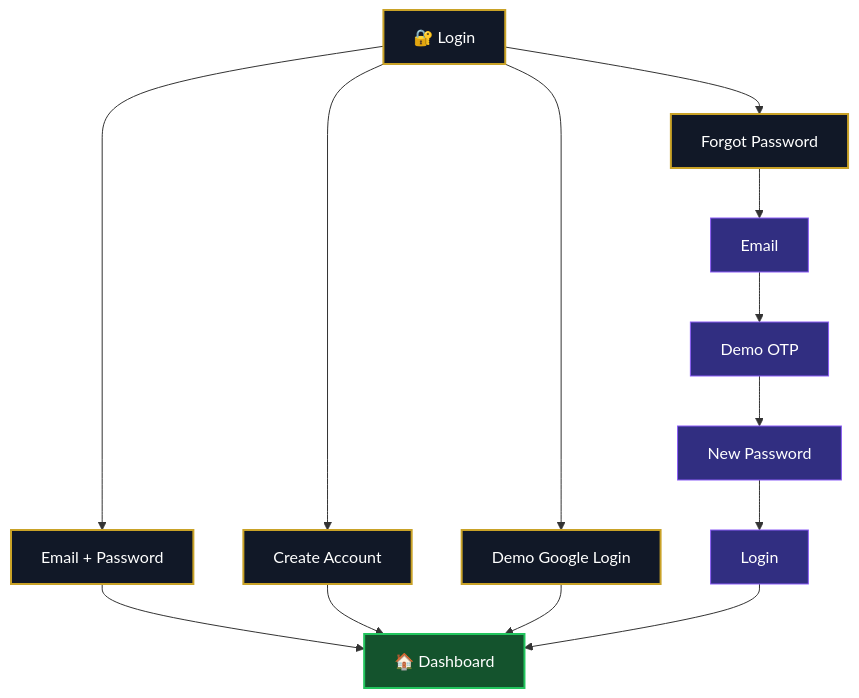
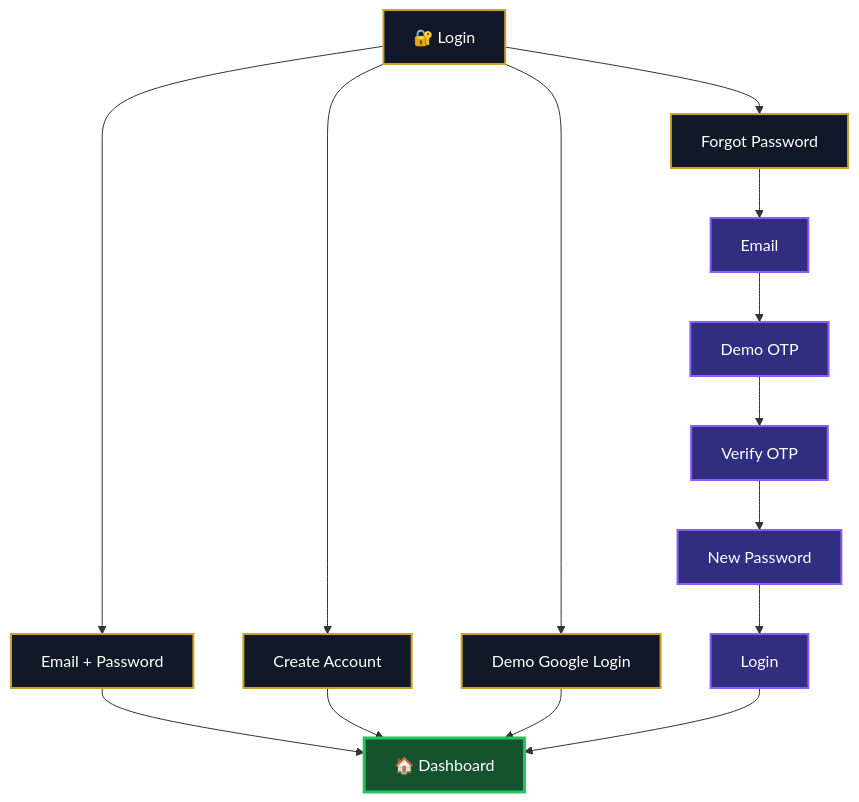
The fourth of 5 diagrams in README.md (Arijit07-tech7/GrihaDrishti), drawn with Mermaid before and after one commit. The commit also changed other lines of this file, not shown here.

````diff
--- a/README.md
+++ b/README.md
@@ -333,25 +399,26 @@
 ```mermaid
 flowchart TD
     A["🔐 Login"] --> B["Email + Password"]
     A --> C["Create Account"]
     A --> D["Demo Google Login"]
     A --> E["Forgot Password"]
 
     E --> F["Email"]
     F --> G["Demo OTP"]
-    G --> H["New Password"]
-    H --> I["Login"]
+    G --> H["Verify OTP"]
+    H --> I["New Password"]
+    I --> J["Login"]
 
-    B --> J["🏠 Dashboard"]
-    C --> J
-    D --> J
-    I --> J
+    B --> K["🏠 Dashboard"]
+    C --> K
+    D --> K
+    J --> K
 
     classDef auth fill:#111827,stroke:#C9A227,color:#fff,stroke-width:2px;
-    classDef flow fill:#312E81,stroke:#8B5CF6,color:#fff;
-    classDef success fill:#14532D,stroke:#22C55E,color:#fff,stroke-width:2px;
+    classDef action fill:#312E81,stroke:#8B5CF6,color:#fff,stroke-width:2px;
+    classDef success fill:#14532D,stroke:#22C55E,color:#fff,stroke-width:3px;
 
     class A,B,C,D,E auth;
-    class F,G,H,I flow;
-    class J success;
+    class F,G,H,I,J action;
+    class K success;
 ```
````
